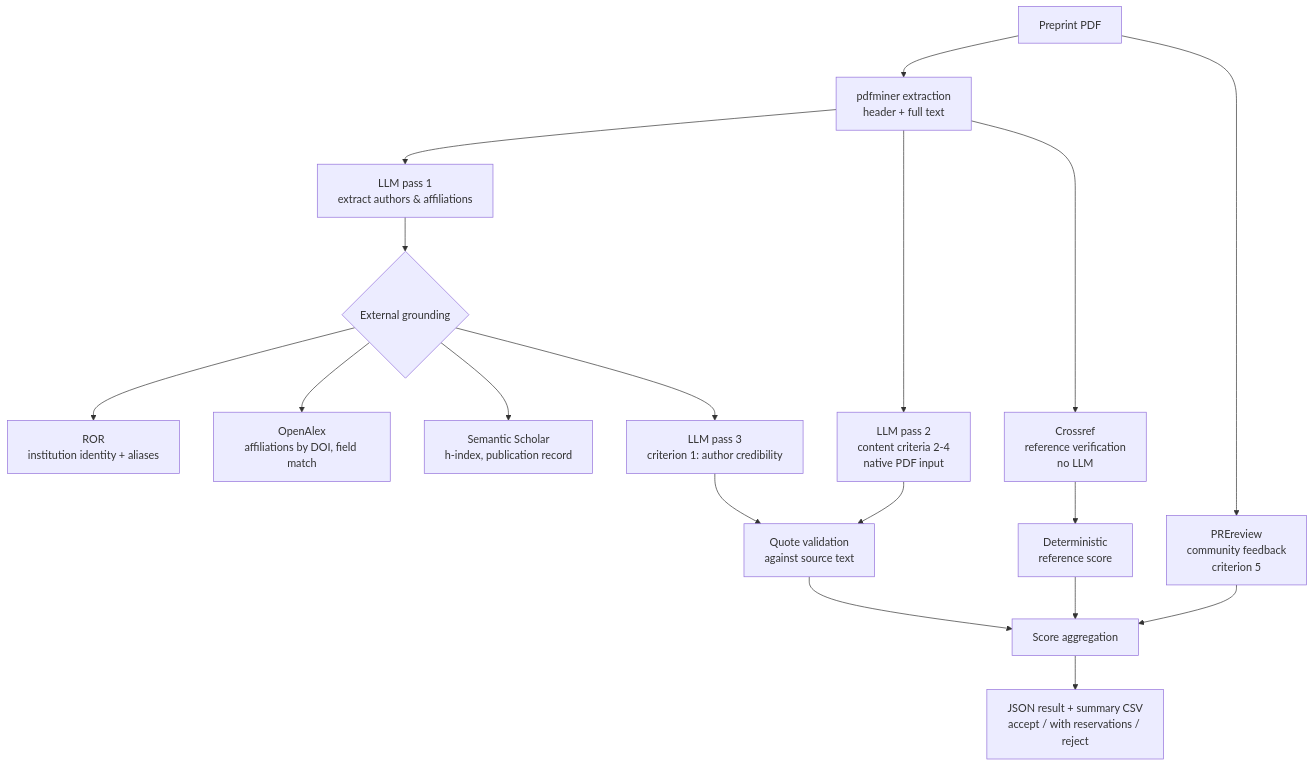
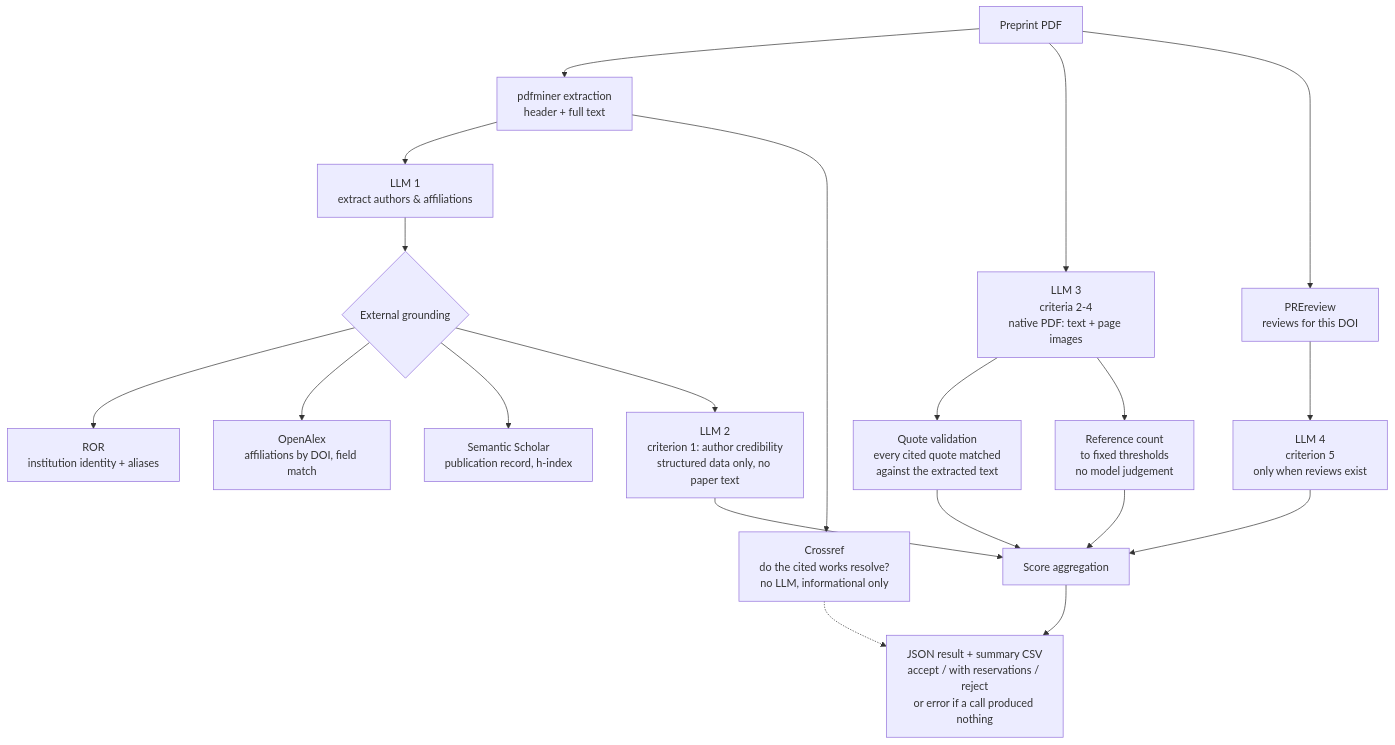
One commit to JuanFinello/preprints-classification-system changed the diagram in README.md. Above: the diagram before and after it, drawn with Mermaid. The commit also changed other lines of this file, not shown here.

Commit message:
docs: corrige la arquitectura y qué determina el score de references
El diagrama tenía cuatro cosas mal contra el código:

- Mostraba Crossref alimentando el score de references. No es así: el
  score sale del reference_count que reporta el LLM, y verify_references
  corre después, solo informativo (citation_verification).
- No mostraba que feedback usa una llamada al LLM cuando PREreview tiene
  reviews. Son 4 llamadas, no 3.
- Mandaba author_credibility a validación de citas, que solo procesa
  research_question_and_methods, results_and_conclusion y references.
- La llamada de contenido salía de la extracción de texto, cuando en
  realidad manda el PDF nativo.

La tabla de la rúbrica decía "Grounded in: Crossref" para references por
el mismo error. Ahora dice que sale del conteo contra umbrales fijos, y
el texto aclara que un 3 baja a 2 si la cita de apoyo no se verifica
(caso real: un paper de 58 referencias que puntuó 2).

Claude-Session: https://claude.ai/code/session_01T67FGTQpXs2fyXq6VSwbXt

````diff
--- a/README.md
+++ b/README.md
@@ -42,25 +42,27 @@
 ```mermaid
 flowchart TD
     A[Preprint PDF] --> B[pdfminer extraction<br/>header + full text]
 
-    B --> C[LLM pass 1<br/>extract authors & affiliations]
+    B --> C[LLM 1<br/>extract authors & affiliations]
     C --> D{External grounding}
     D --> D1[ROR<br/>institution identity + aliases]
     D --> D2[OpenAlex<br/>affiliations by DOI, field match]
-    D --> D3[Semantic Scholar<br/>h-index, publication record]
+    D --> D3[Semantic Scholar<br/>publication record, h-index]
+    D --> F[LLM 2<br/>criterion 1: author credibility<br/>structured data only, no paper text]
 
-    B --> E[LLM pass 2<br/>content criteria 2-4<br/>native PDF input]
-    D --> F[LLM pass 3<br/>criterion 1: author credibility]
+    A --> E[LLM 3<br/>criteria 2-4<br/>native PDF: text + page images]
+    E --> I[Quote validation<br/>every cited quote matched<br/>against the extracted text]
+    E --> J[Reference count<br/>to fixed thresholds<br/>no model judgement]
 
-    B --> G[Crossref<br/>reference verification<br/>no LLM]
-    A --> H[PREreview<br/>community feedback<br/>criterion 5]
+    A --> H[PREreview<br/>reviews for this DOI]
+    H --> G[LLM 4<br/>criterion 5<br/>only when reviews exist]
 
-    E --> I[Quote validation<br/>against source text]
-    F --> I
-    G --> J[Deterministic<br/>reference score]
+    B --> V[Crossref<br/>do the cited works resolve?<br/>no LLM, informational only]
 
-    I --> K[Score aggregation]
+    F --> K[Score aggregation]
+    I --> K
     J --> K
-    H --> K
-    K --> L[JSON result + summary CSV<br/>accept / with reservations / reject]
+    G --> K
+    K --> L[JSON result + summary CSV<br/>accept / with reservations / reject<br/>or error if a call produced nothing]
+    V -.-> L
 ```
````
